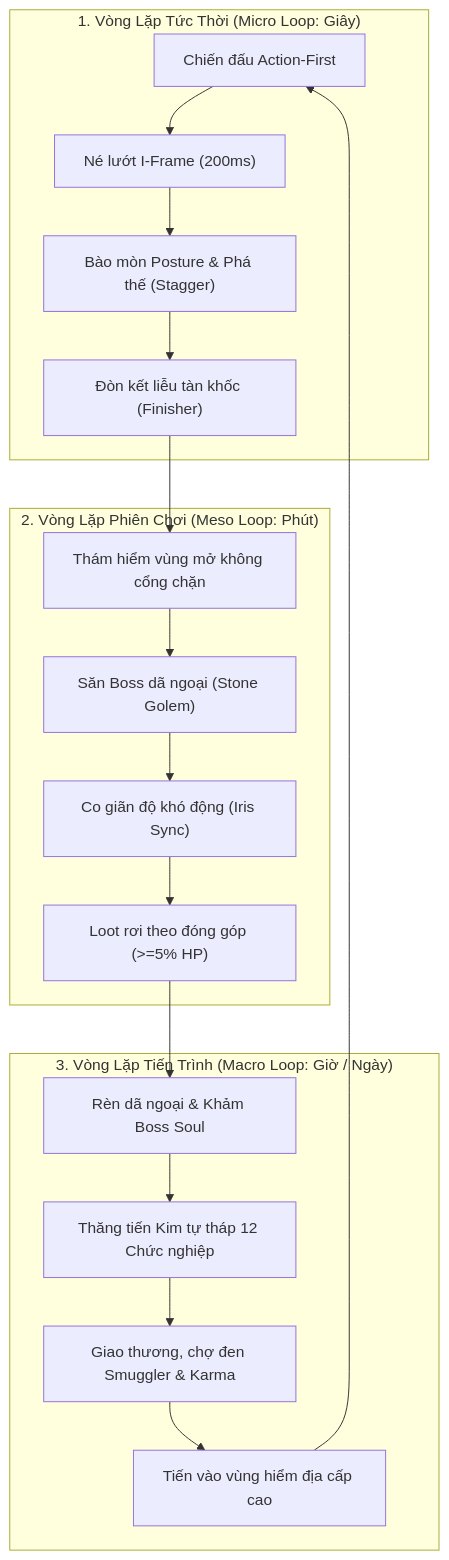
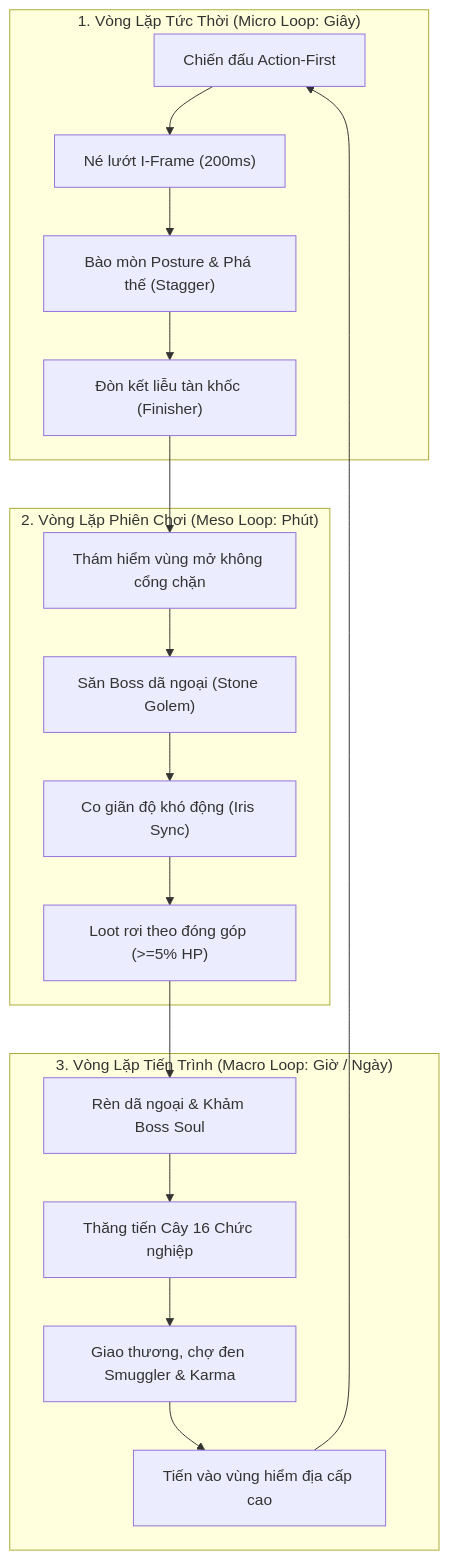
The diagram in design/gdd/core-game-loop.md (kenzings-ng/ProjectAscendant), drawn with Mermaid before and after one commit. The commit also changed other lines of this file and 11 other files, not shown here.

````diff
--- a/design/gdd/core-game-loop.md
+++ b/design/gdd/core-game-loop.md
@@ -22,24 +22,24 @@
 ```mermaid
 flowchart TD
     subgraph Micro["1. Vòng Lặp Tức Thời (Micro Loop: Giây)"]
         Combat["Chiến đấu Action-First"] --> Dodge["Né lướt I-Frame (200ms)"]
         Dodge --> Posture["Bào mòn Posture & Phá thế (Stagger)"]
         Posture --> Finisher["Đòn kết liễu tàn khốc (Finisher)"]
     end
 
     subgraph Meso["2. Vòng Lặp Phiên Chơi (Meso Loop: Phút)"]
         Explore["Thám hiểm vùng mở không cổng chặn"] --> BossFight["Săn Boss dã ngoại (Stone Golem)"]
         BossFight --> DynamicScale["Co giãn độ khó động (Iris Sync)"]
         DynamicScale --> LootDrop["Loot rơi theo đóng góp (>=5% HP)"]
     end
 
     subgraph Macro["3. Vòng Lặp Tiến Trình (Macro Loop: Giờ / Ngày)"]
-        Forge["Rèn dã ngoại & Khảm Boss Soul"] --> ClassEvolve["Thăng tiến Kim tự tháp 12 Chức nghiệp"]
+        Forge["Rèn dã ngoại & Khảm Boss Soul"] --> ClassEvolve["Thăng tiến Cây 16 Chức nghiệp"]
         ClassEvolve --> OutpostEconomy["Giao thương, chợ đen Smuggler & Karma"]
         OutpostEconomy --> HighRiskZone["Tiến vào vùng hiểm địa cấp cao"]
     end
 
     Finisher --> Explore
     LootDrop --> Forge
     HighRiskZone --> Combat
 ```
````
